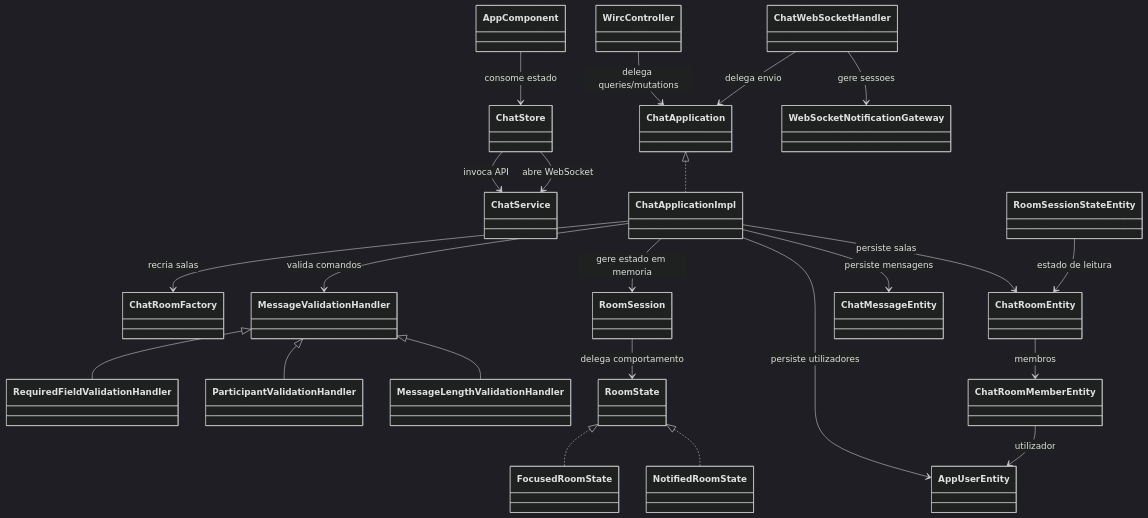
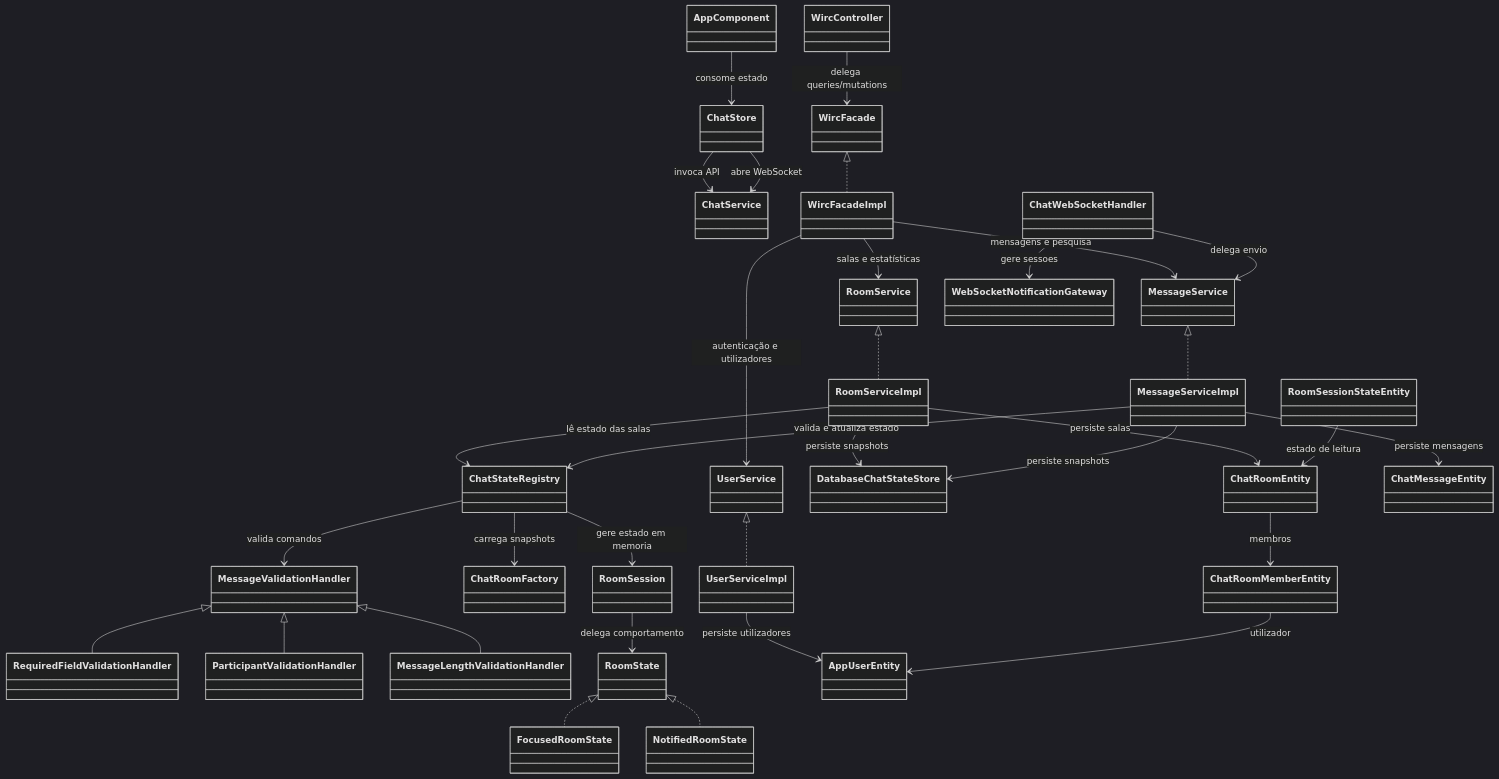
One commit to fernandoeduardolucas/wirc changed the third of 4 diagrams in docs/RELATORIO.md. Above: the diagram before and after it, drawn with Mermaid (dark theme). The commit also changed other lines of this file and 6 other files, not shown here.

Commit message:
Adiciona exportação dos diagramas Mermaid para PNG

````diff
--- a/docs/RELATORIO.md
+++ b/docs/RELATORIO.md
@@ -202,48 +210,66 @@
 ```mermaid
 classDiagram
     class AppComponent
     class ChatStore
     class ChatService
     class WircController
+    class WircFacade
+    class WircFacadeImpl
     class ChatWebSocketHandler
-    class ChatApplication
-    class ChatApplicationImpl
+    class UserService
+    class UserServiceImpl
+    class RoomService
+    class RoomServiceImpl
+    class MessageService
+    class MessageServiceImpl
+    class ChatStateRegistry
     class ChatRoomFactory
+    class DatabaseChatStateStore
     class MessageValidationHandler
     class RequiredFieldValidationHandler
     class ParticipantValidationHandler
     class MessageLengthValidationHandler
     class RoomSession
     class RoomState
     class FocusedRoomState
     class NotifiedRoomState
     class WebSocketNotificationGateway
     class ChatRoomEntity
     class AppUserEntity
     class ChatMessageEntity
     class ChatRoomMemberEntity
     class RoomSessionStateEntity
 
     AppComponent --> ChatStore : consome estado
     ChatStore --> ChatService : invoca API
     ChatStore --> ChatService : abre WebSocket
-    WircController --> ChatApplication : delega queries/mutations
-    ChatWebSocketHandler --> ChatApplication : delega envio
+    WircController --> WircFacade : delega queries/mutations
+    WircFacade <|.. WircFacadeImpl
+    WircFacadeImpl --> UserService : autenticação e utilizadores
+    UserService <|.. UserServiceImpl
+    WircFacadeImpl --> RoomService : salas e estatísticas
+    RoomService <|.. RoomServiceImpl
+    WircFacadeImpl --> MessageService : mensagens e pesquisa
+    MessageService <|.. MessageServiceImpl
+    ChatWebSocketHandler --> MessageService : delega envio
     ChatWebSocketHandler --> WebSocketNotificationGateway : gere sessoes
-    ChatApplication <|.. ChatApplicationImpl
-    ChatApplicationImpl --> ChatRoomFactory : recria salas
-    ChatApplicationImpl --> MessageValidationHandler : valida comandos
+    RoomServiceImpl --> ChatStateRegistry : lê estado das salas
+    MessageServiceImpl --> ChatStateRegistry : valida e atualiza estado
+    ChatStateRegistry --> ChatRoomFactory : carrega snapshots
+    ChatStateRegistry --> MessageValidationHandler : valida comandos
     MessageValidationHandler <|-- RequiredFieldValidationHandler
     MessageValidationHandler <|-- ParticipantValidationHandler
     MessageValidationHandler <|-- MessageLengthValidationHandler
-    ChatApplicationImpl --> RoomSession : gere estado em memoria
+    RoomServiceImpl --> DatabaseChatStateStore : persiste snapshots
+    MessageServiceImpl --> DatabaseChatStateStore : persiste snapshots
+    ChatStateRegistry --> RoomSession : gere estado em memoria
     RoomSession --> RoomState : delega comportamento
     RoomState <|.. FocusedRoomState
     RoomState <|.. NotifiedRoomState
-    ChatApplicationImpl --> ChatRoomEntity : persiste salas
-    ChatApplicationImpl --> AppUserEntity : persiste utilizadores
-    ChatApplicationImpl --> ChatMessageEntity : persiste mensagens
+    RoomServiceImpl --> ChatRoomEntity : persiste salas
+    UserServiceImpl --> AppUserEntity : persiste utilizadores
+    MessageServiceImpl --> ChatMessageEntity : persiste mensagens
     ChatRoomEntity --> ChatRoomMemberEntity : membros
     ChatRoomMemberEntity --> AppUserEntity : utilizador
     RoomSessionStateEntity --> ChatRoomEntity : estado de leitura
 ```
````
